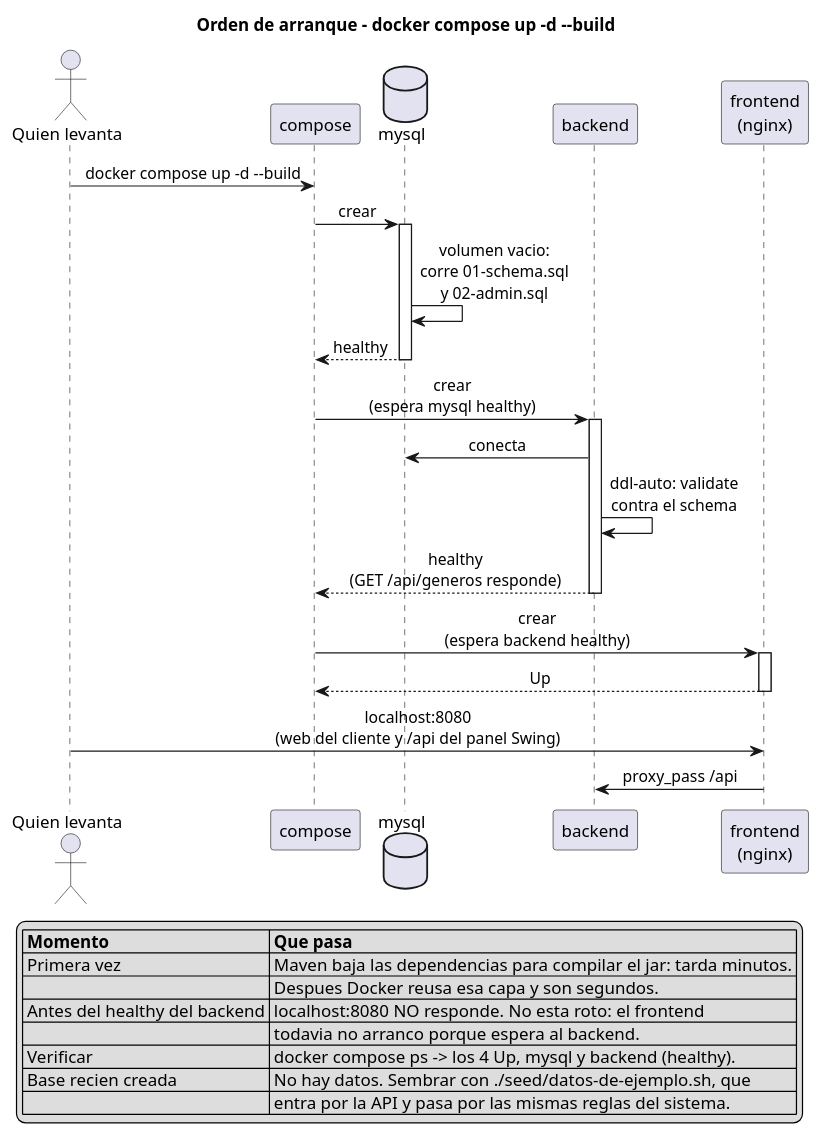
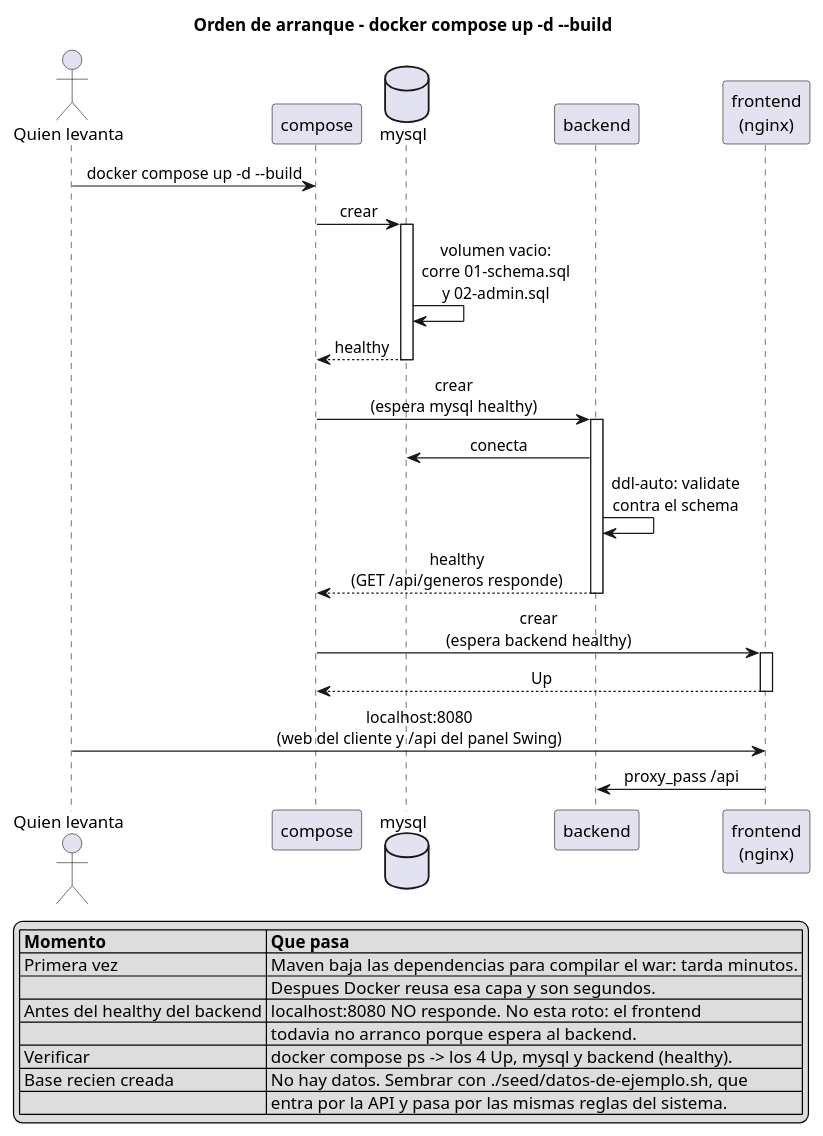
The diagram in _other/docs/diagramas/arranque-orden.puml (andreiveisuade/cine-uade), drawn with PlantUML before and after one commit. The commit also changed 19 other files, not shown here.

First line of the commit message:
docs(diagramas): clases, capas y secuencias al dia con el codigo

```diff
--- a/_other/docs/diagramas/arranque-orden.puml
+++ b/_other/docs/diagramas/arranque-orden.puml
@@ -1,47 +1,47 @@
 @startuml arranque-orden
 title Orden de arranque - docker compose up -d --build
 
 skinparam sequenceMessageAlign center
 
 actor "Quien levanta" as dev
 participant "compose" as compose
 database "mysql" as mysql
 participant "backend" as backend
 participant "frontend\n(nginx)" as frontend
 
 dev -> compose : docker compose up -d --build
 
 compose -> mysql : crear
 
 activate mysql
 mysql -> mysql : volumen vacio:\ncorre 01-schema.sql\ny 02-admin.sql
 mysql --> compose : healthy
 deactivate mysql
 
 compose -> backend : crear\n(espera mysql healthy)
 activate backend
 backend -> mysql : conecta
 backend -> backend : ddl-auto: validate\ncontra el schema
 backend --> compose : healthy\n(GET /api/generos responde)
 deactivate backend
 
 compose -> frontend : crear\n(espera backend healthy)
 activate frontend
 frontend --> compose : Up
 deactivate frontend
 
 dev -> frontend : localhost:8080\n(web del cliente y /api del panel Swing)
 frontend -> backend : proxy_pass /api
 
 legend bottom
   |= Momento |= Que pasa |
-  | Primera vez | Maven baja las dependencias para compilar el jar: tarda minutos. |
+  | Primera vez | Maven baja las dependencias para compilar el war: tarda minutos. |
   |  | Despues Docker reusa esa capa y son segundos. |
   | Antes del healthy del backend | localhost:8080 NO responde. No esta roto: el frontend |
   |  | todavia no arranco porque espera al backend. |
   | Verificar | docker compose ps -> los 4 Up, mysql y backend (healthy). |
   | Base recien creada | No hay datos. Sembrar con ./seed/datos-de-ejemplo.sh, que |
   |  | entra por la API y pasa por las mismas reglas del sistema. |
 endlegend
 
 @enduml
```
